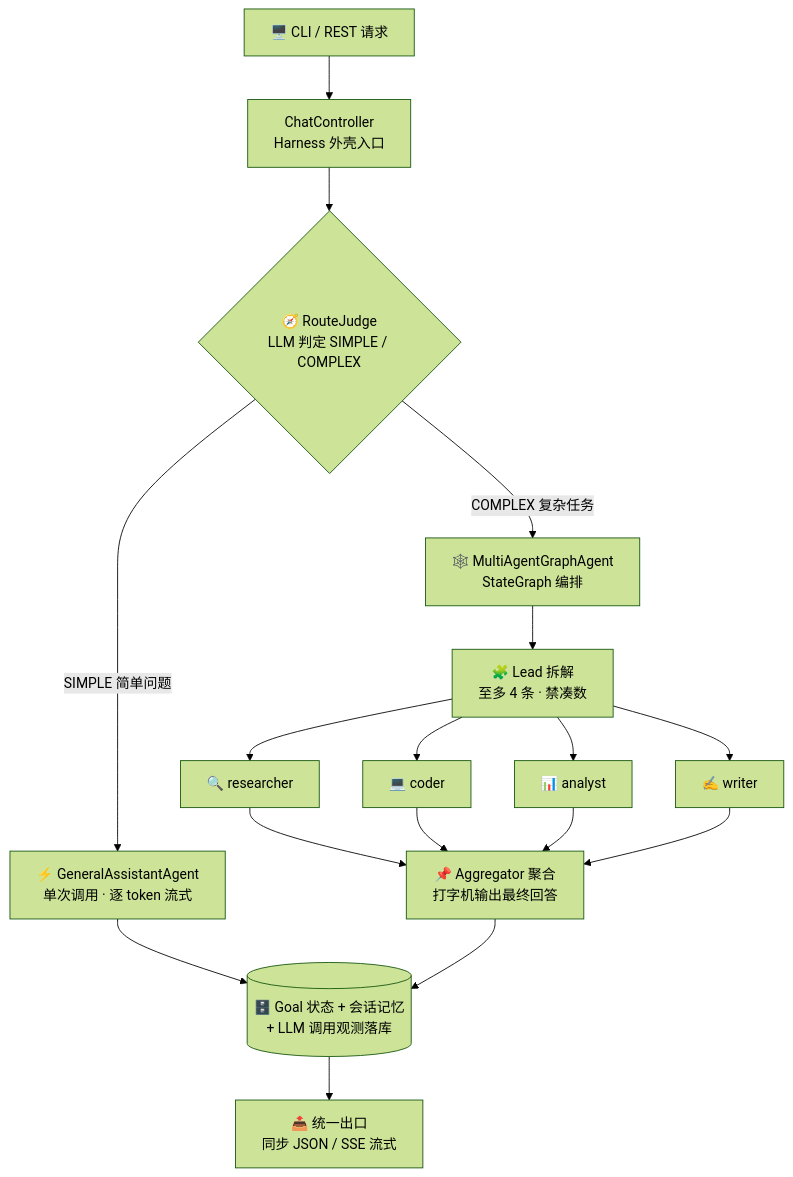
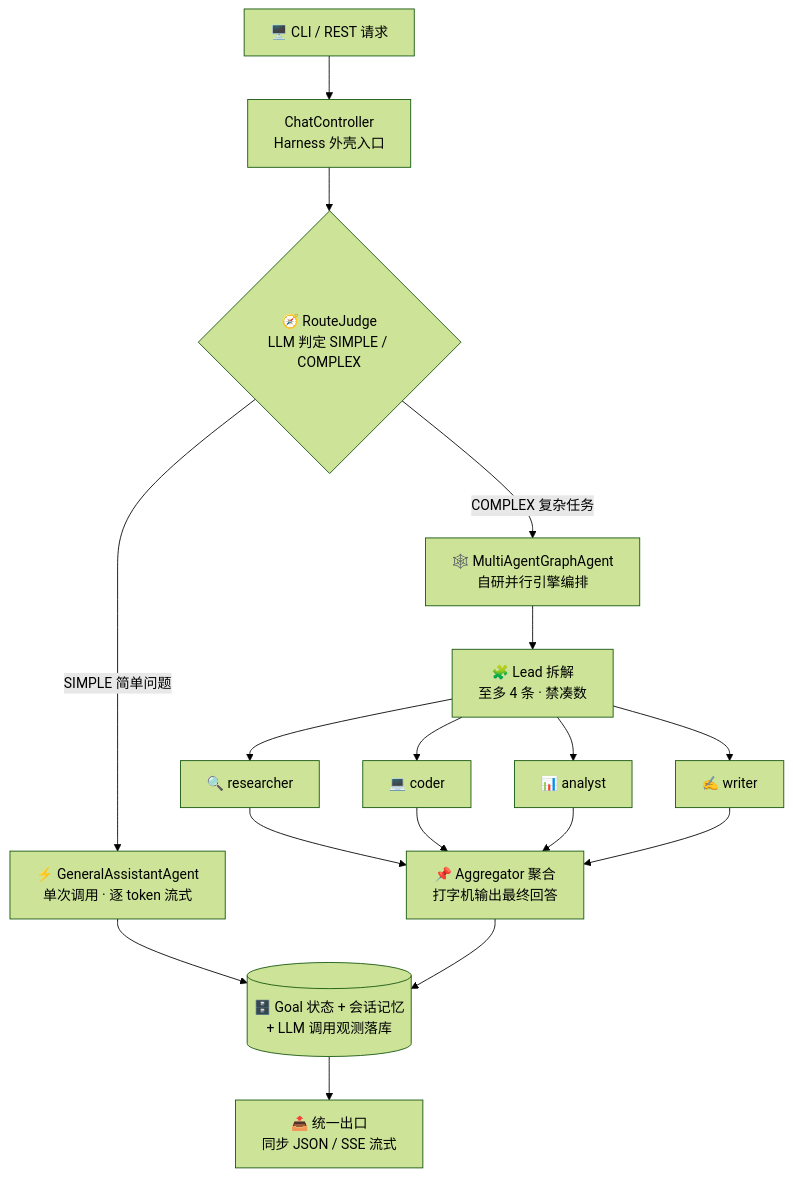
The diagram in docs/architecture.md (cxknotjj/Deerfect_harness), drawn with Mermaid (forest theme) before and after one commit. The commit also changed 12 other files, not shown here.

````diff
--- a/docs/architecture.md
+++ b/docs/architecture.md
@@ -7,16 +7,16 @@
 ```mermaid
 flowchart TD
     A[🖥️ CLI / REST 请求] --> B[ChatController<br/>Harness 外壳入口]
     B --> C{🧭 RouteJudge<br/>LLM 判定 SIMPLE / COMPLEX}
     C -->|SIMPLE 简单问题| D[⚡ GeneralAssistantAgent<br/>单次调用 · 逐 token 流式]
-    C -->|COMPLEX 复杂任务| E[🕸️ MultiAgentGraphAgent<br/>StateGraph 编排]
+    C -->|COMPLEX 复杂任务| E[🕸️ MultiAgentGraphAgent<br/>自研并行引擎编排]
     E --> F[🧩 Lead 拆解<br/>至多 4 条 · 禁凑数]
     F --> G1[🔍 researcher]
     F --> G2[💻 coder]
     F --> G3[📊 analyst]
     F --> G4[✍️ writer]
     G1 & G2 & G3 & G4 --> H[📌 Aggregator 聚合<br/>打字机输出最终回答]
     D --> I[(🗄️ Goal 状态 + 会话记忆<br/>+ LLM 调用观测落库)]
     H --> I
     I --> J[📤 统一出口<br/>同步 JSON / SSE 流式]
 ```
````
